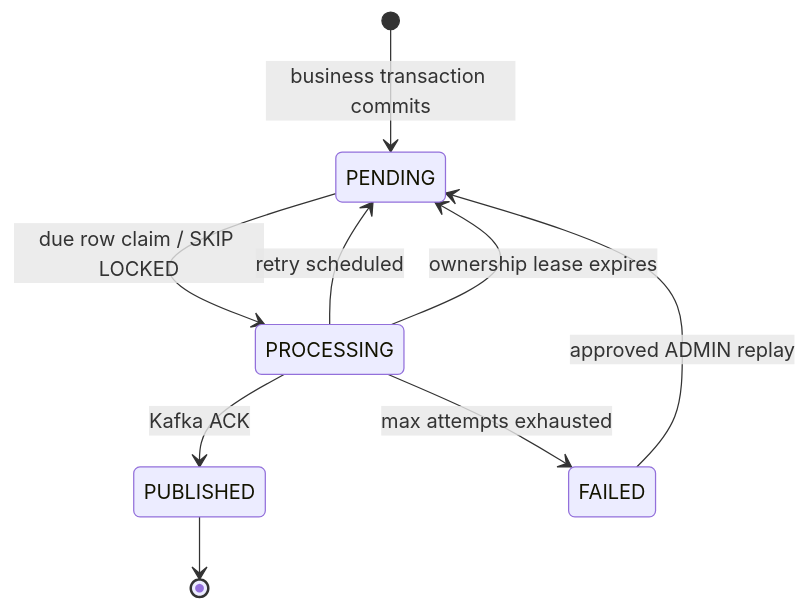
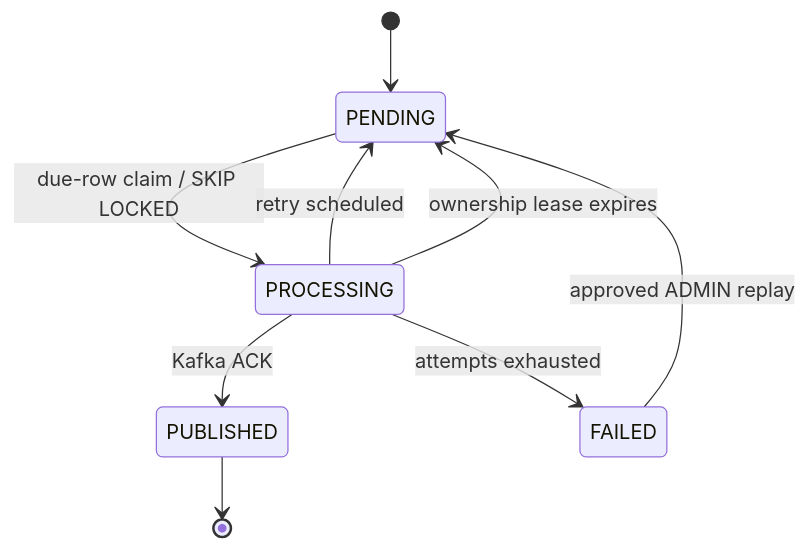
The second of 4 diagrams in SpringBoot_Backend_Engineering_Summary.md (ravan-chuang/spring-boot-ecommerce-backend), drawn with Mermaid before and after one commit. The commit also changed other lines of this file and 1 other file, not shown here.

````diff
--- a/SpringBoot_Backend_Engineering_Summary.md
+++ b/SpringBoot_Backend_Engineering_Summary.md
@@ -196,11 +162,11 @@
 ```mermaid
 stateDiagram-v2
-    [*] --> PENDING: business transaction commits
-    PENDING --> PROCESSING: due row claim / SKIP LOCKED
+    [*] --> PENDING
+    PENDING --> PROCESSING: due-row claim / SKIP LOCKED
     PROCESSING --> PUBLISHED: Kafka ACK
     PROCESSING --> PENDING: retry scheduled
     PROCESSING --> PENDING: ownership lease expires
-    PROCESSING --> FAILED: max attempts exhausted
+    PROCESSING --> FAILED: attempts exhausted
     FAILED --> PENDING: approved ADMIN replay
     PUBLISHED --> [*]
 ```
````
